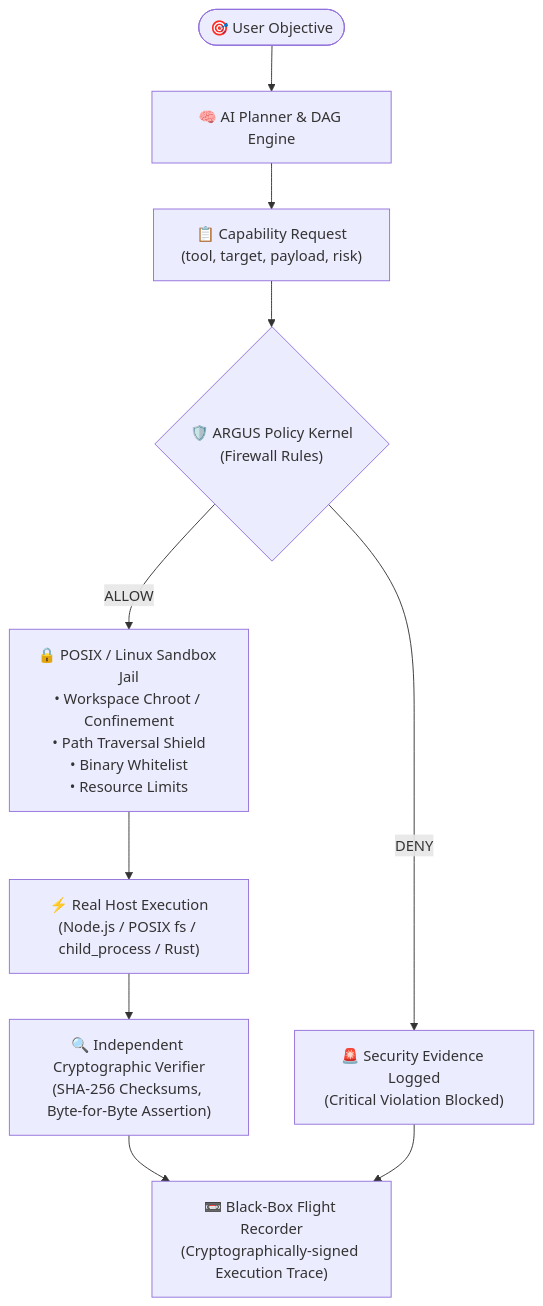
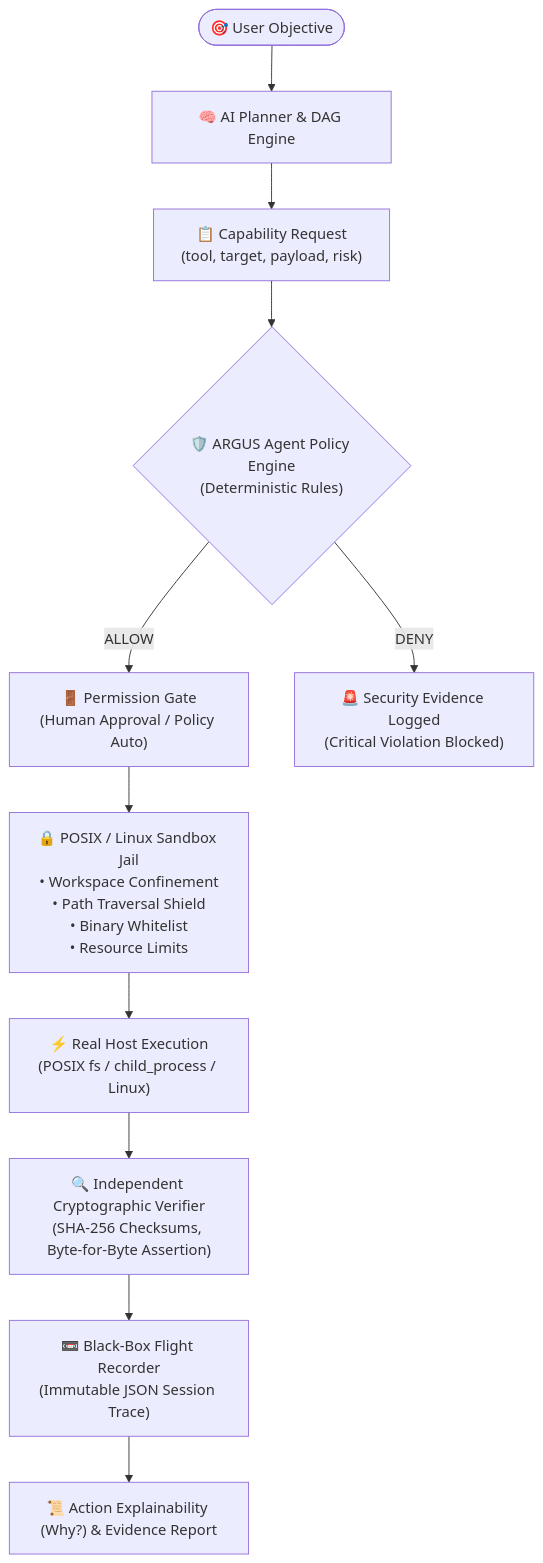
One commit to JanSteve/ARGUS changed the diagram in ARCHITECTURE.md. Above: the diagram before and after it, drawn with Mermaid. The commit also changed other lines of this file and 23 other files, not shown here.

Commit message:
feat(core): deploy ARGUS 2.0 Linux Governance Runtime, 10-layer Defence-in-Depth, Red Team 20-test suite, and CLI

````diff
--- a/ARCHITECTURE.md
+++ b/ARCHITECTURE.md
@@ -48,16 +49,18 @@
 ```mermaid
 graph TD
     User([🎯 User Objective]) --> Planner["🧠 AI Planner & DAG Engine"]
     Planner --> CapReq["📋 Capability Request\n(tool, target, payload, risk)"]
     
-    CapReq --> PolicyKernel{"🛡️ ARGUS Policy Kernel\n(Firewall Rules)"}
+    CapReq --> PolicyEngine{"🛡️ ARGUS Agent Policy Engine\n(Deterministic Rules)"}
     
-    PolicyKernel -->|ALLOW| SandboxJail["🔒 POSIX / Linux Sandbox Jail\n• Workspace Chroot / Confinement\n• Path Traversal Shield\n• Binary Whitelist\n• Resource Limits"]
-    PolicyKernel -->|DENY| AuditEvidence["🚨 Security Evidence Logged\n(Critical Violation Blocked)"]
+    PolicyEngine -->|ALLOW| PermGate["🚪 Permission Gate\n(Human Approval / Policy Auto)"]
+    PolicyEngine -->|DENY| AuditEvidence["🚨 Security Evidence Logged\n(Critical Violation Blocked)"]
     
-    SandboxJail --> RealExec["⚡ Real Host Execution\n(Node.js / POSIX fs / child_process / Rust)"]
+    PermGate --> SandboxJail["🔒 POSIX / Linux Sandbox Jail\n• Workspace Confinement\n• Path Traversal Shield\n• Binary Whitelist\n• Resource Limits"]
+    
+    SandboxJail --> RealExec["⚡ Real Host Execution\n(POSIX fs / child_process / Linux)"]
     RealExec --> Verifier["🔍 Independent Cryptographic Verifier\n(SHA-256 Checksums, Byte-for-Byte Assertion)"]
     
-    Verifier --> FlightRecorder["📼 Black-Box Flight Recorder\n(Cryptographically-signed Execution Trace)"]
-    AuditEvidence --> FlightRecorder
+    Verifier --> FlightRecorder["📼 Black-Box Flight Recorder\n(Immutable JSON Session Trace)"]
+    FlightRecorder --> Explainability["📜 Action Explainability (Why?) & Evidence Report"]
 ```
````
